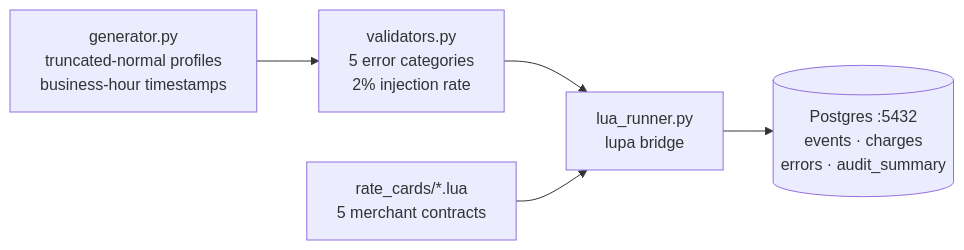
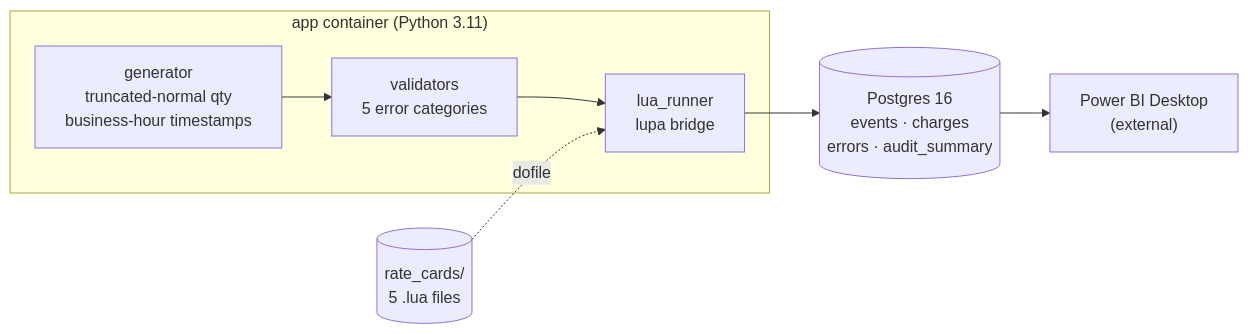
One commit to RafaelTavares98/RafaelTavares98.github.io changed the diagram in github/Portbill/README.md. Above: the diagram before and after it, drawn with Mermaid. The commit also changed other lines of this file and 20 other files, not shown here.

````diff
--- a/github/Portbill/README.md
+++ b/github/Portbill/README.md
@@ -26,11 +36,16 @@
 ```mermaid
 flowchart LR
-    G["generator.py\ntruncated-normal profiles\nbusiness-hour timestamps"]
-    V["validators.py\n5 error categories\n2% injection rate"]
-    L["lua_runner.py\nlupa bridge"]
-    RC["rate_cards/*.lua\n5 merchant contracts"]
-    P[("Postgres :5432\nevents · charges\nerrors · audit_summary")]
+    subgraph App["app container (Python 3.11)"]
+        G["generator<br/>truncated-normal qty<br/>business-hour timestamps"]
+        V["validators<br/>5 error categories"]
+        L["lua_runner<br/>lupa bridge"]
+    end
 
-    G --> V --> L --> P
-    RC --> L
+    RC[("rate_cards/<br/>5 .lua files")]
+    PG[("Postgres 16<br/>events · charges<br/>errors · audit_summary")]
+    BI["Power BI Desktop<br/>(external)"]
+
+    G --> V --> L --> PG
+    RC -.dofile.-> L
+    PG --> BI
 ```
````
